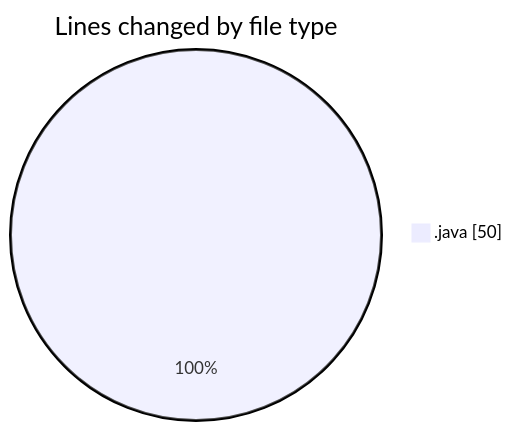
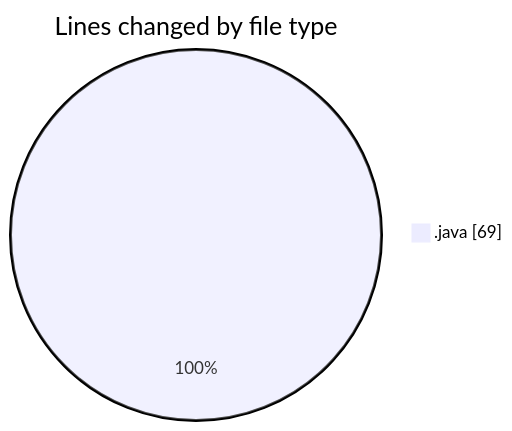
The first of 2 diagrams in 2025-02-22/coding_prac_7/README.md (NitaiMahat/code-tracking), drawn with Mermaid before and after one commit. The commit also changed other lines of this file and 1 other file, not shown here.

````diff
--- a/2025-02-22/coding_prac_7/README.md
+++ b/2025-02-22/coding_prac_7/README.md
@@ -21,5 +22,5 @@
 ```mermaid
 pie showData
 title Lines changed by file type
-".java" : 50
+".java" : 69
 ```
````
